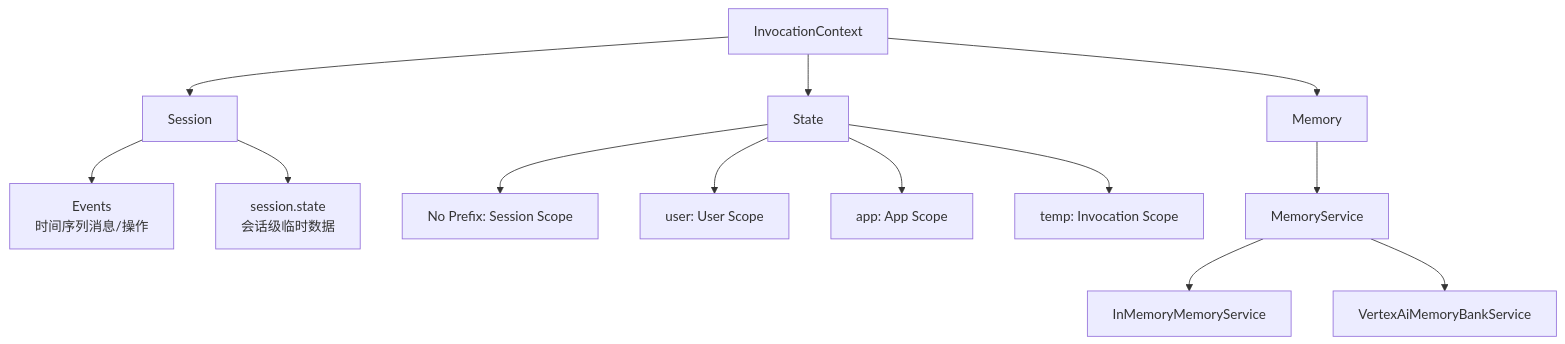
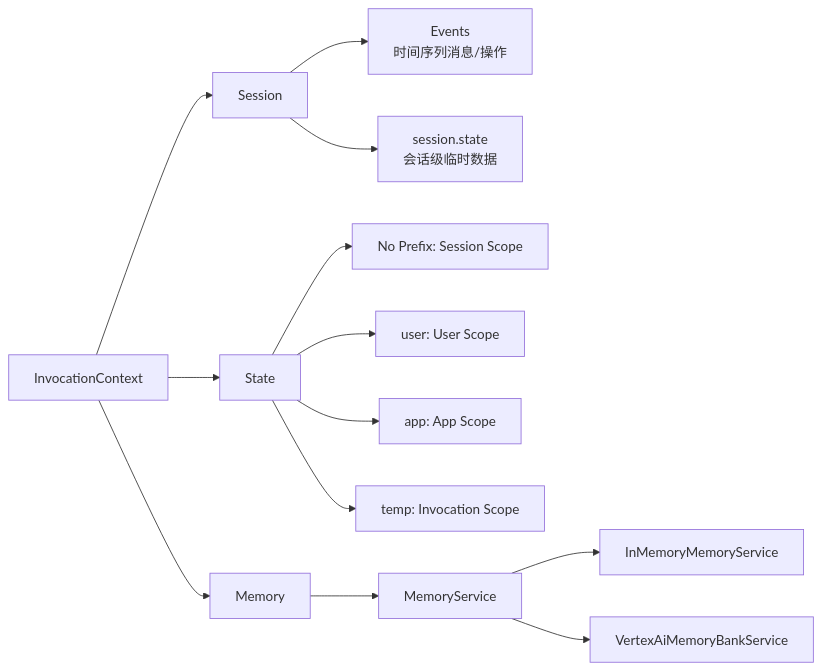
Before and after one commit to ThreeFish-AI/agentic-ai-cognizes: the fourth of 7 diagrams in docs/research/001-context-engineering.md, drawn with Mermaid. The commit also changed other lines of this file and 1 other file, not shown here.

````diff
--- a/docs/research/001-context-engineering.md
+++ b/docs/research/001-context-engineering.md
@@ -280,18 +324,18 @@
 ```mermaid
-graph TD
+graph LR
     IC[InvocationContext] --> S[Session]
     IC --> ST[State]
     IC --> M[Memory]
 
     S --> SE[Events<br>时间序列消息/操作]
     S --> SS[session.state<br>会话级临时数据]
 
     ST --> ST1[No Prefix: Session Scope]
     ST --> ST2["user: User Scope"]
     ST --> ST3["app: App Scope"]
     ST --> ST4["temp: Invocation Scope"]
 
     M --> MM[MemoryService]
     MM --> MM1[InMemoryMemoryService]
     MM --> MM2[VertexAiMemoryBankService]
 ```
````
